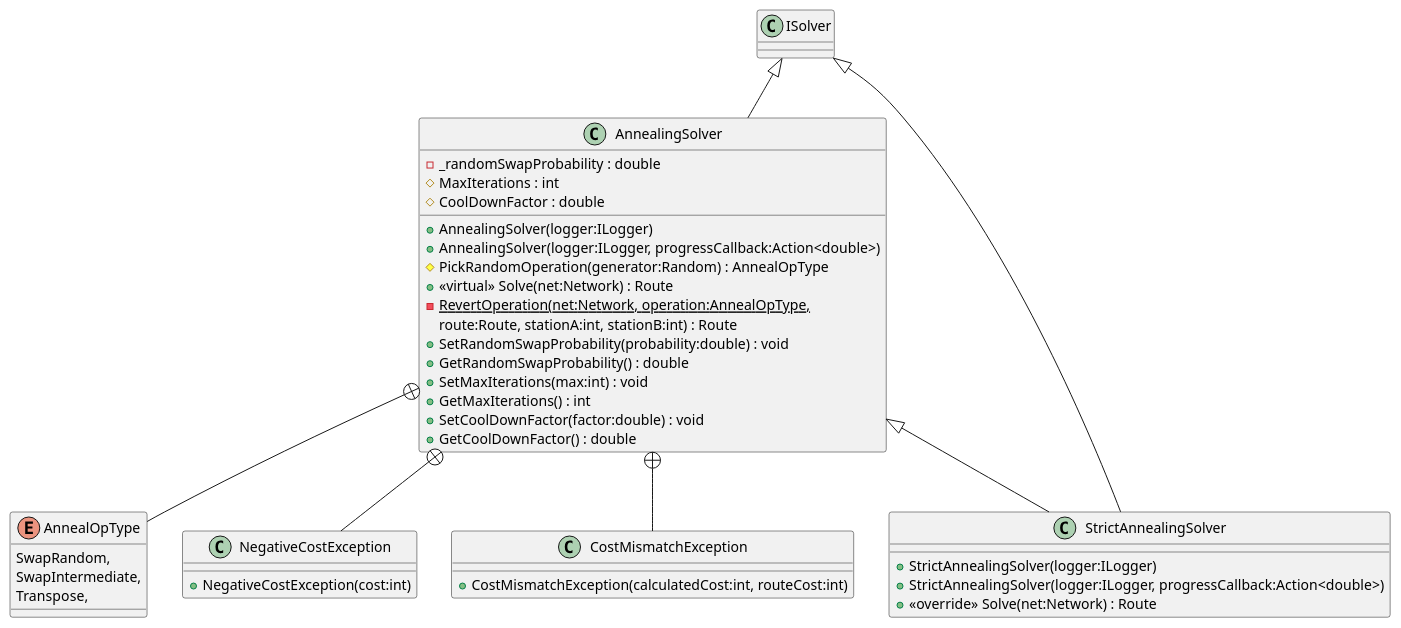
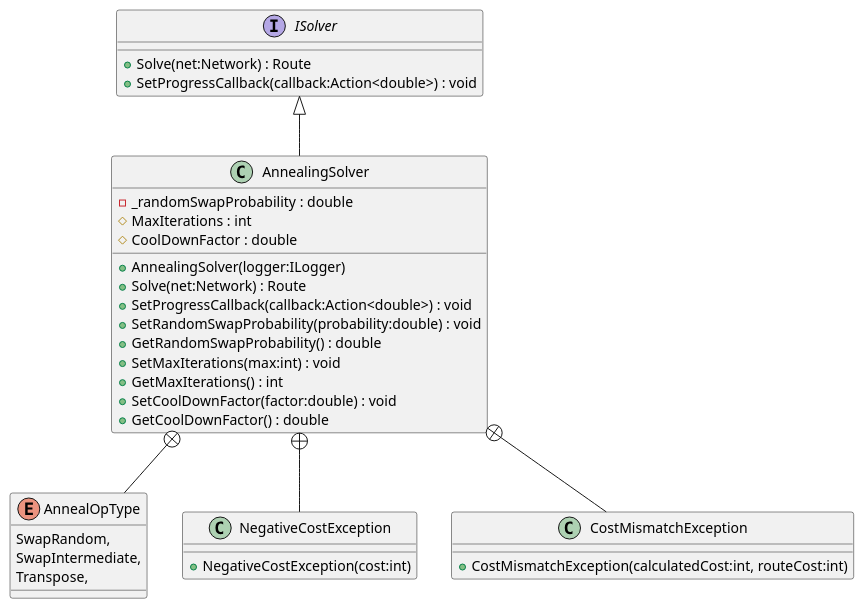
One commit to Liftyee/london-tube-navigator changed the diagram in TubeChallengeRouter/puml/SolverOnly.puml. Above: the diagram before and after it, drawn with PlantUML. The commit also changed 10 other files, not shown here.

```diff
--- a/TubeChallengeRouter/puml/SolverOnly.puml
+++ b/TubeChallengeRouter/puml/SolverOnly.puml
@@ -1,41 +1,35 @@
 @startuml
 class AnnealingSolver {
     - _randomSwapProbability : double
     # MaxIterations : int
     # CoolDownFactor : double
     + AnnealingSolver(logger:ILogger)
-    + AnnealingSolver(logger:ILogger, progressCallback:Action<double>)
-    # PickRandomOperation(generator:Random) : AnnealOpType
-    + <<virtual>> Solve(net:Network) : Route
-    - {static} RevertOperation(net:Network, operation:AnnealOpType, 
-    route:Route, stationA:int, stationB:int) : Route
+    + Solve(net:Network) : Route
+    + SetProgressCallback(callback:Action<double>) : void
     + SetRandomSwapProbability(probability:double) : void
     + GetRandomSwapProbability() : double
     + SetMaxIterations(max:int) : void
     + GetMaxIterations() : int
     + SetCoolDownFactor(factor:double) : void
     + GetCoolDownFactor() : double
 }
 enum AnnealOpType {
     SwapRandom,
     SwapIntermediate,
     Transpose,
 }
 class NegativeCostException {
     + NegativeCostException(cost:int)
 }
 class CostMismatchException {
     + CostMismatchException(calculatedCost:int, routeCost:int)
 }
-class StrictAnnealingSolver {
-    + StrictAnnealingSolver(logger:ILogger)
-    + StrictAnnealingSolver(logger:ILogger, progressCallback:Action<double>)
-    + <<override>> Solve(net:Network) : Route
+interface ISolver {
+    + Solve(net:Network) : Route
+    + SetProgressCallback(callback:Action<double>) : void
 }
-AnnealingSolver <|-- StrictAnnealingSolver
-ISolver <|-- StrictAnnealingSolver
 ISolver <|-- AnnealingSolver
 AnnealingSolver +-- AnnealOpType
 AnnealingSolver +-- NegativeCostException
 AnnealingSolver +-- CostMismatchException
 @enduml
```
